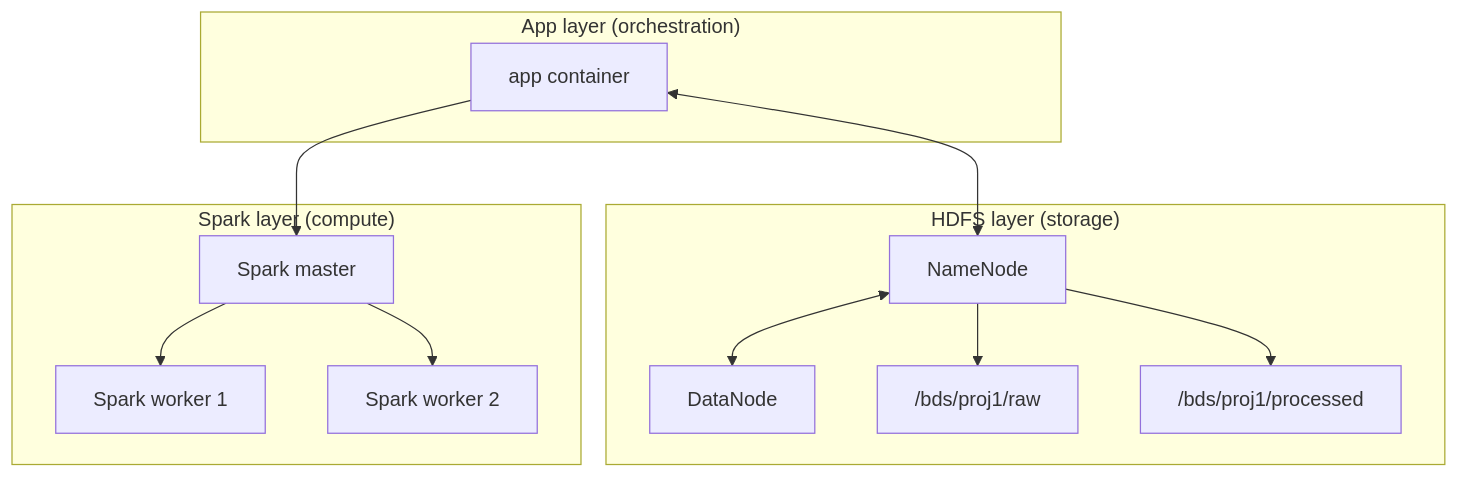
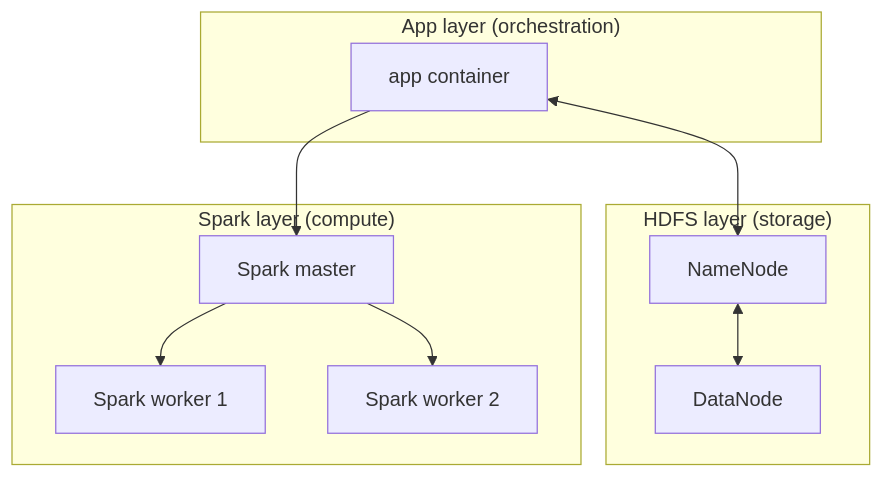
Before and after one commit to mikelandjelos/bds-proj-1: the diagram in docs/architecture.md, drawn with Mermaid. The commit also changed other lines of this file, not shown here.

Commit message:
Minor docs refactor

````diff
--- a/docs/architecture.md
+++ b/docs/architecture.md
@@ -7,27 +7,23 @@
 ```mermaid
 flowchart TB
     subgraph HDFS["HDFS layer (storage)"]
       NN["NameNode"]
       DN["DataNode"]
-      RAW["/bds/proj1/raw"]
-      PROC["/bds/proj1/processed"]
       NN <--> DN
-      NN --> RAW
-      NN --> PROC
     end
 
     subgraph SPARK["Spark layer (compute)"]
       SM["Spark master"]
       SW1["Spark worker 1"]
       SW2["Spark worker 2"]
       SM --> SW1
       SM --> SW2
     end
 
     subgraph APP["App layer (orchestration)"]
       APPC["app container"]
     end
 
     APPC --> SM
     APPC <--> NN
 ```
````
